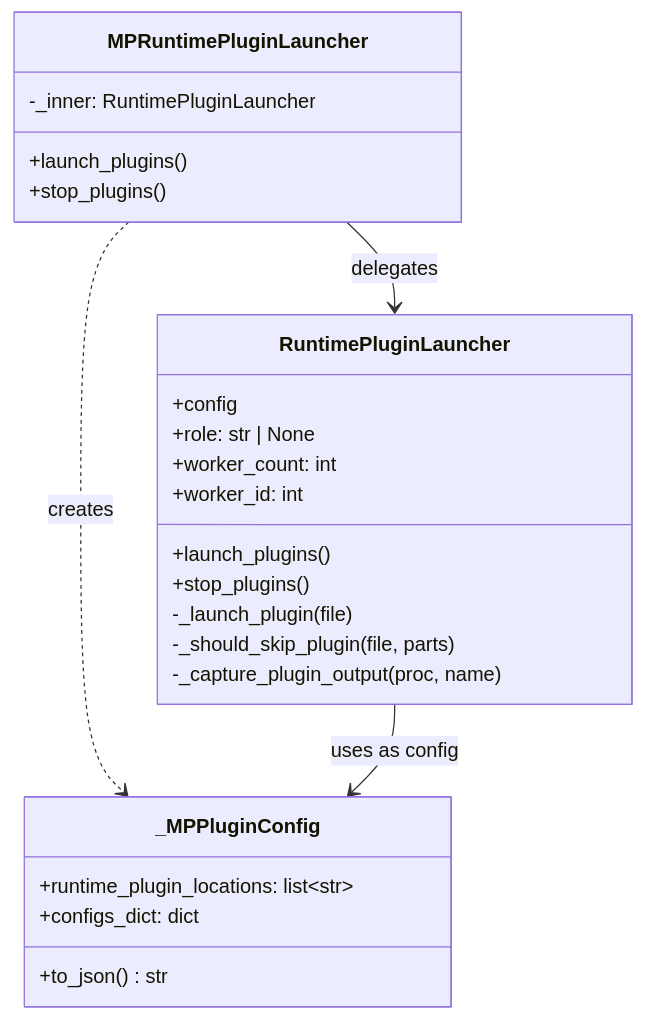
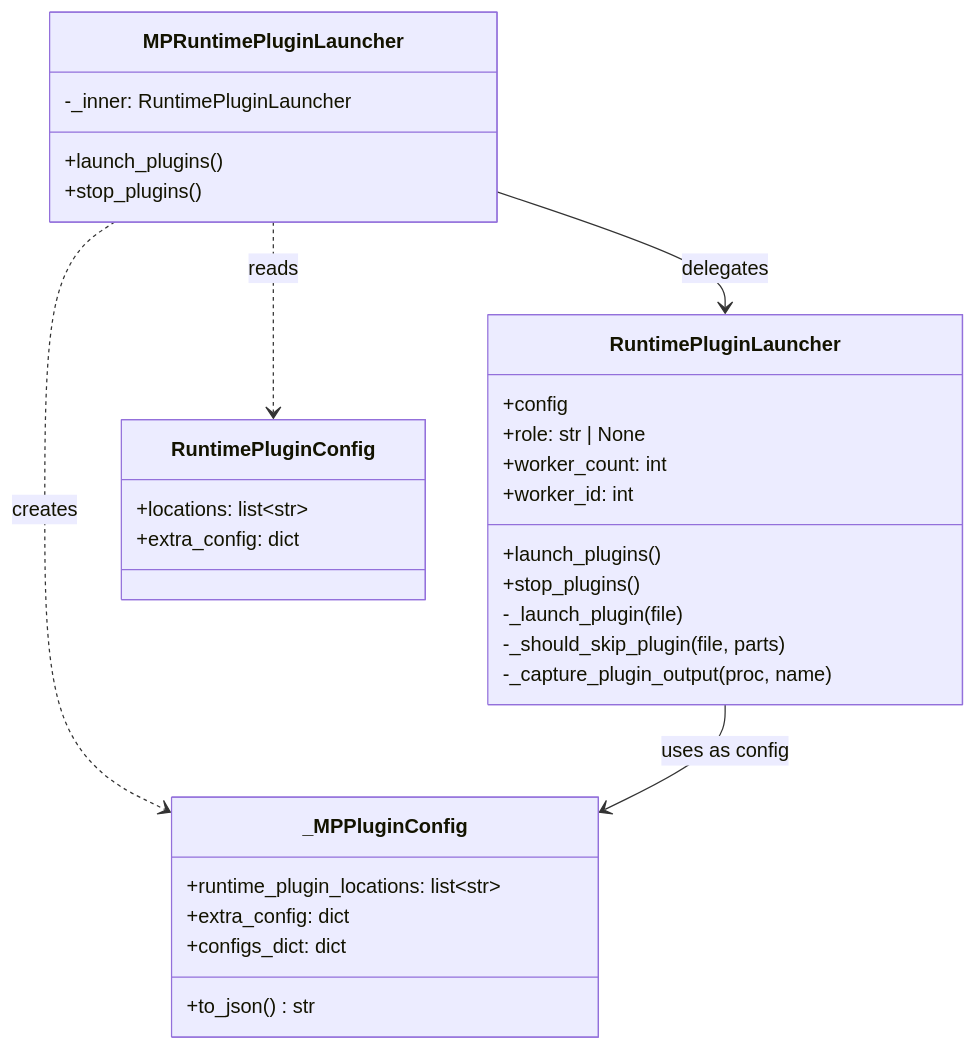
Before and after one commit to LMCache/LMCache: the first of 3 diagrams in docs/design/mp_runtime_plugin.md, drawn with Mermaid. The commit also changed other lines of this file and 4 other files, not shown here.

````diff
--- a/docs/design/mp_runtime_plugin.md
+++ b/docs/design/mp_runtime_plugin.md
@@ -75,27 +87,33 @@
 ```mermaid
 classDiagram
     class MPRuntimePluginLauncher {
         -_inner: RuntimePluginLauncher
         +launch_plugins()
         +stop_plugins()
     }
     class RuntimePluginLauncher {
         +config
         +role: str | None
         +worker_count: int
         +worker_id: int
         +launch_plugins()
         +stop_plugins()
         -_launch_plugin(file)
         -_should_skip_plugin(file, parts)
         -_capture_plugin_output(proc, name)
     }
+    class RuntimePluginConfig {
+        +locations: list~str~
+        +extra_config: dict
+    }
     class _MPPluginConfig {
         +runtime_plugin_locations: list~str~
+        +extra_config: dict
         +configs_dict: dict
         +to_json() str
     }
     MPRuntimePluginLauncher --> RuntimePluginLauncher : delegates
     MPRuntimePluginLauncher ..> _MPPluginConfig : creates
+    MPRuntimePluginLauncher ..> RuntimePluginConfig : reads
     RuntimePluginLauncher --> _MPPluginConfig : uses as config
 ```
````
